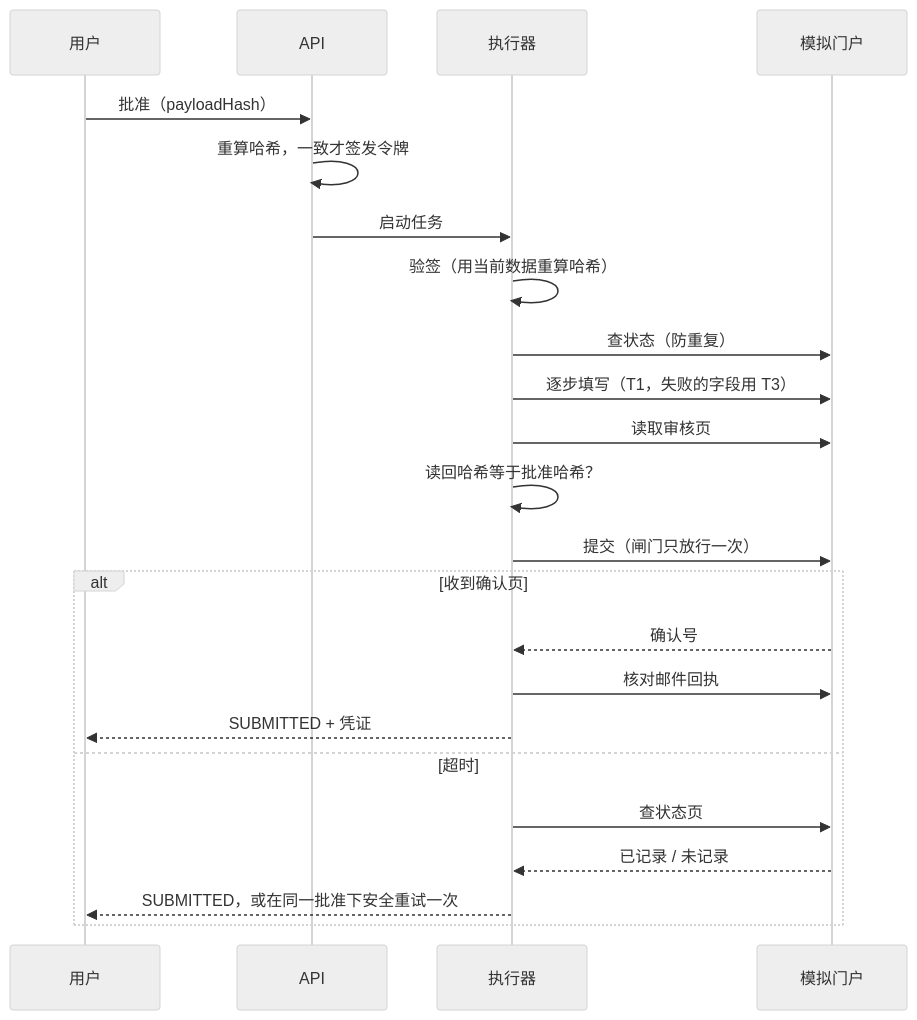
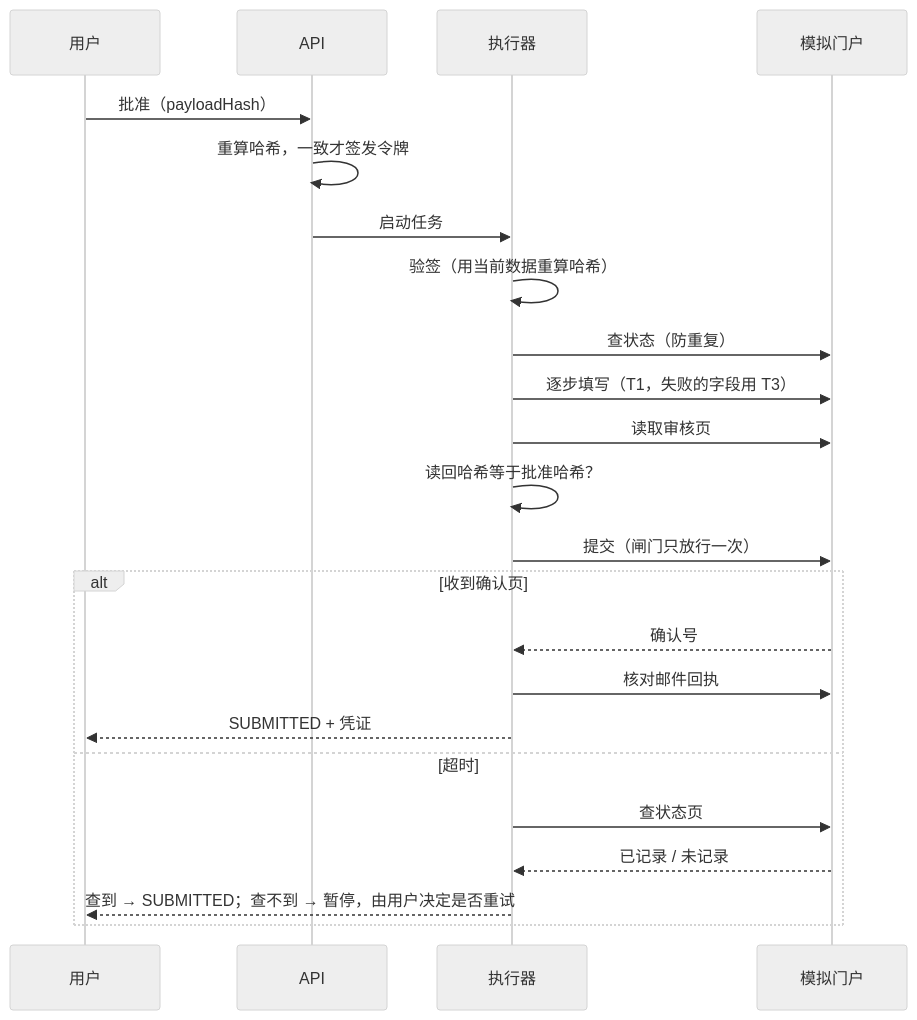
Before and after one commit to Esbmango/AppealHero: the fourth of 4 diagrams in docs/ARCHITECTURE.md, drawn with Mermaid (neutral theme). The commit also changed other lines of this file and 38 other files, not shown here.

````diff
--- a/docs/ARCHITECTURE.md
+++ b/docs/ARCHITECTURE.md
@@ -441,25 +445,25 @@
 ```mermaid
 sequenceDiagram
   participant U as 用户
   participant S as API
   participant E as 执行器
   participant P as 模拟门户
   U->>S: 批准（payloadHash）
   S->>S: 重算哈希，一致才签发令牌
   S->>E: 启动任务
   E->>E: 验签（用当前数据重算哈希）
   E->>P: 查状态（防重复）
   E->>P: 逐步填写（T1，失败的字段用 T3）
   E->>P: 读取审核页
   E->>E: 读回哈希等于批准哈希？
   E->>P: 提交（闸门只放行一次）
   alt 收到确认页
     P-->>E: 确认号
     E->>P: 核对邮件回执
     E-->>U: SUBMITTED + 凭证
   else 超时
     E->>P: 查状态页
     P-->>E: 已记录 / 未记录
-    E-->>U: SUBMITTED，或在同一批准下安全重试一次
+    E-->>U: 查到 → SUBMITTED；查不到 → 暂停，由用户决定是否重试
   end
 ```
````
